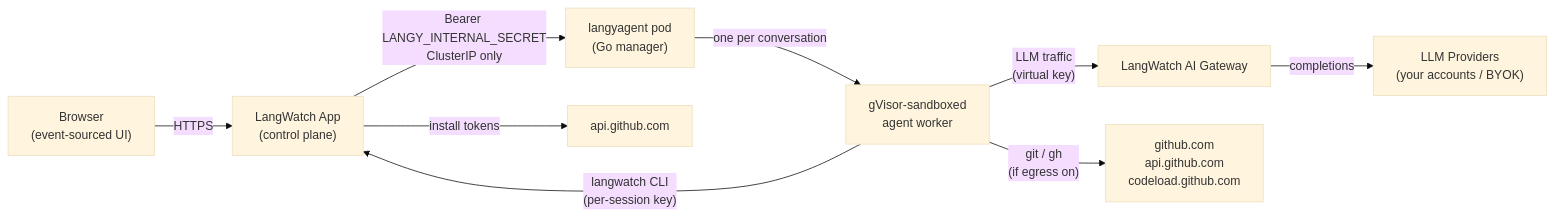
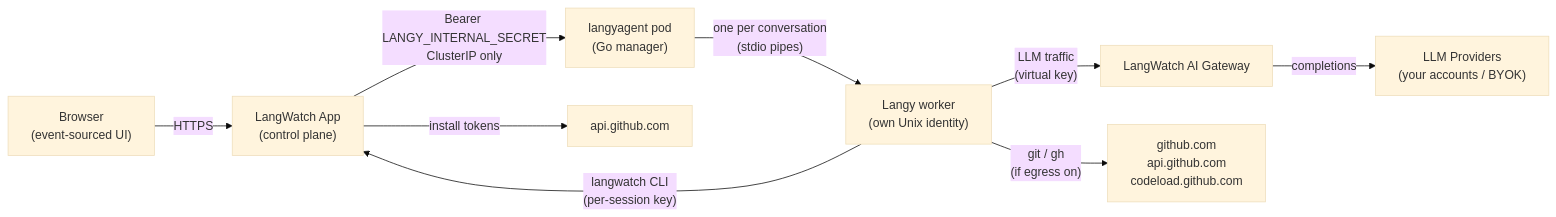
One commit to langwatch/langwatch changed the diagram in docs/self-hosting/langy/overview.mdx. Above: the diagram before and after it, drawn with Mermaid (base theme). The commit also changed other lines of this file and 32 other files, not shown here.

````diff
--- a/docs/self-hosting/langy/overview.mdx
+++ b/docs/self-hosting/langy/overview.mdx
@@ -60,11 +60,11 @@
 ```mermaid
 graph LR
     Browser["Browser<br/>(event-sourced UI)"] -->|"HTTPS"| App["LangWatch App<br/>(control plane)"]
     App -->|"Bearer LANGY_INTERNAL_SECRET<br/>ClusterIP only"| Agent["langyagent pod<br/>(Go manager)"]
-    Agent -->|"one per conversation"| Worker["gVisor-sandboxed<br/>agent worker"]
+    Agent -->|"one per conversation<br/>(stdio pipes)"| Worker["Langy worker<br/>(own Unix identity)"]
     Worker -->|"langwatch CLI<br/>(per-session key)"| App
     Worker -->|"LLM traffic<br/>(virtual key)"| Gateway["LangWatch AI Gateway"]
     Gateway -->|"completions"| Providers["LLM Providers<br/>(your accounts / BYOK)"]
     Worker -->|"git / gh<br/>(if egress on)"| GitHub["github.com<br/>api.github.com<br/>codeload.github.com"]
     App -->|"install tokens"| GitHubAPI["api.github.com"]
 ```
````
